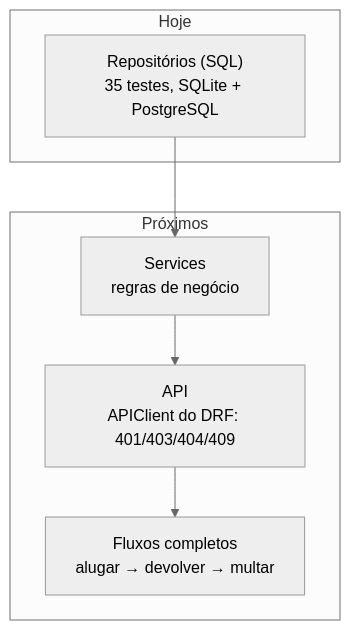
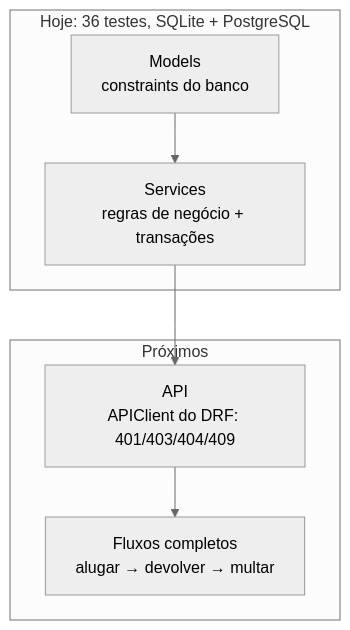
One commit to Luizzzz28/PI---EasyCar_Luiz-Barbiana-Yandra changed the second of 2 diagrams in docs/ci-cd.md. Above: the diagram before and after it, drawn with Mermaid (neutral theme). The commit also changed other lines of this file and 26 other files, not shown here.

````diff
--- a/docs/ci-cd.md
+++ b/docs/ci-cd.md
@@ -47,12 +47,12 @@
 ```mermaid
 flowchart TB
-    subgraph HOJE["Hoje"]
-        R["Repositórios (SQL)<br/>35 testes, SQLite + PostgreSQL"]
+    subgraph HOJE["Hoje: 36 testes, SQLite + PostgreSQL"]
+        R["Models<br/>constraints do banco"]
+        SV["Services<br/>regras de negócio + transações"]
     end
     subgraph PROX["Próximos"]
-        SV["Services<br/>regras de negócio"]
         API["API<br/>APIClient do DRF: 401/403/404/409"]
         E2E["Fluxos completos<br/>alugar → devolver → multar"]
     end
     R --> SV --> API --> E2E
 ```
````
